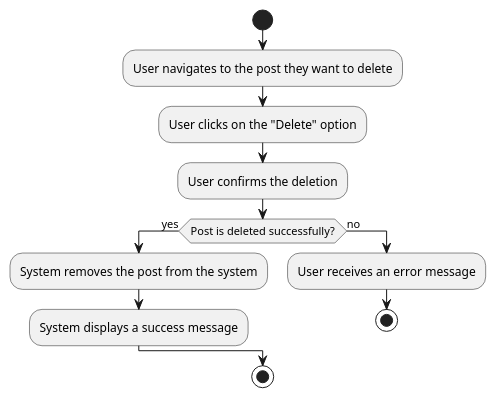
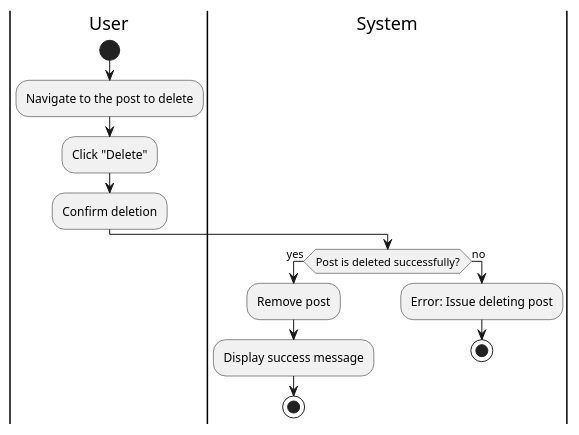
One commit to tungbeo0221/Forked-crosscodex.github.io changed diagram 12 of 22 in docs/checkpoint_1/use_cases.md. Above: the diagram before and after it, drawn with PlantUML. The commit also changed other lines of this file and 39 other files, not shown here.

````diff
--- a/docs/checkpoint_1/use_cases.md
+++ b/docs/checkpoint_1/use_cases.md
@@ -317,16 +385,19 @@
 ```plantuml
 @startuml
+|User|
 start
-:User navigates to the post they want to delete;
-:User clicks on the "Delete" option;
-:User confirms the deletion;
+:Navigate to the post to delete;
+:Click "Delete";
+:Confirm deletion;
+|System|
 if (Post is deleted successfully?) then (yes)
-  :System removes the post from the system;
-  :System displays a success message;
+  :Remove post;
+  :Display success message;
+  stop
 else (no)
-  :User receives an error message;
+  :Error: Issue deleting post;
   stop
 endif
-stop
 @enduml
+
 ```
````
